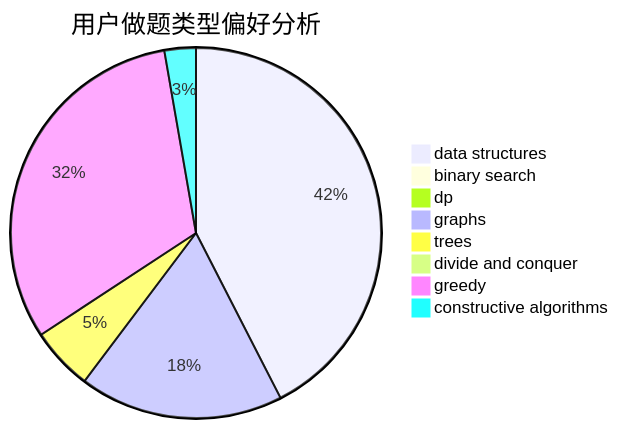
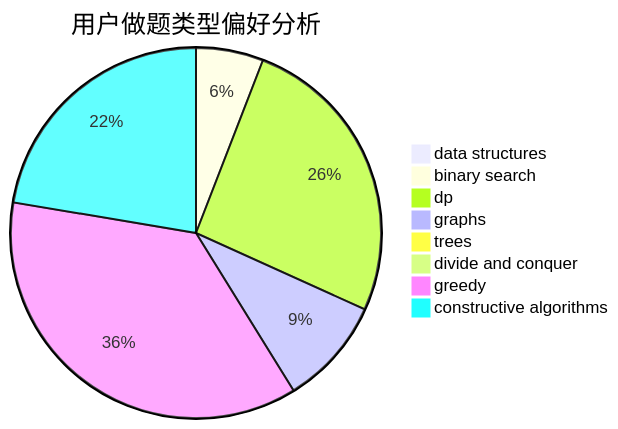
The second of 3 diagrams in docs/user/u1397.md (sherpahu/cfrs.github.io), drawn with Mermaid before and after one commit. The commit also changed other lines of this file and 2770 other files, not shown here.

````diff
--- a/docs/user/u1397.md
+++ b/docs/user/u1397.md
@@ -23,11 +23,11 @@
 ```mermaid
 pie title 用户做题类型偏好分析
-    "data structures" :  31
-    "binary search" :  0
-    "dp" :  0
-    "graphs" :  13
-    "trees" :  4
+    "data structures" :  0
+    "binary search" :  5
+    "dp" :  22
+    "graphs" :  8
+    "trees" :  0
     "divide and conquer" :  0
-    "greedy" :  23
-    "constructive algorithms" :  2
+    "greedy" :  31
+    "constructive algorithms" :  19
 ```
````
